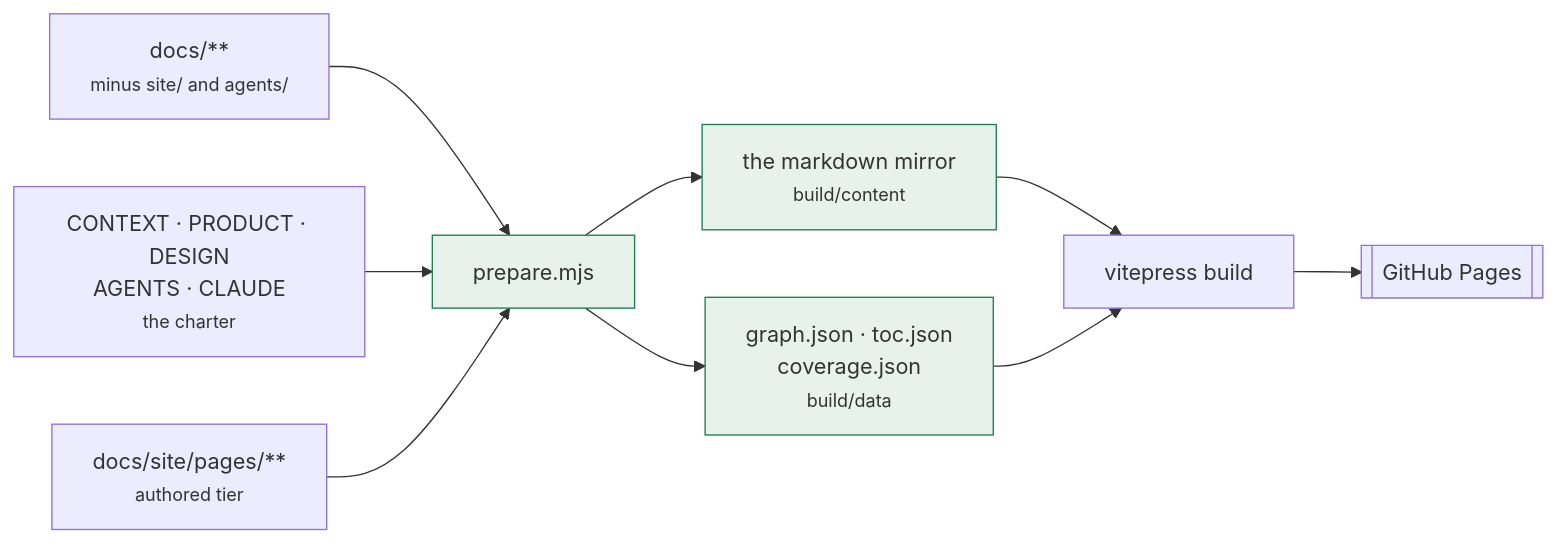
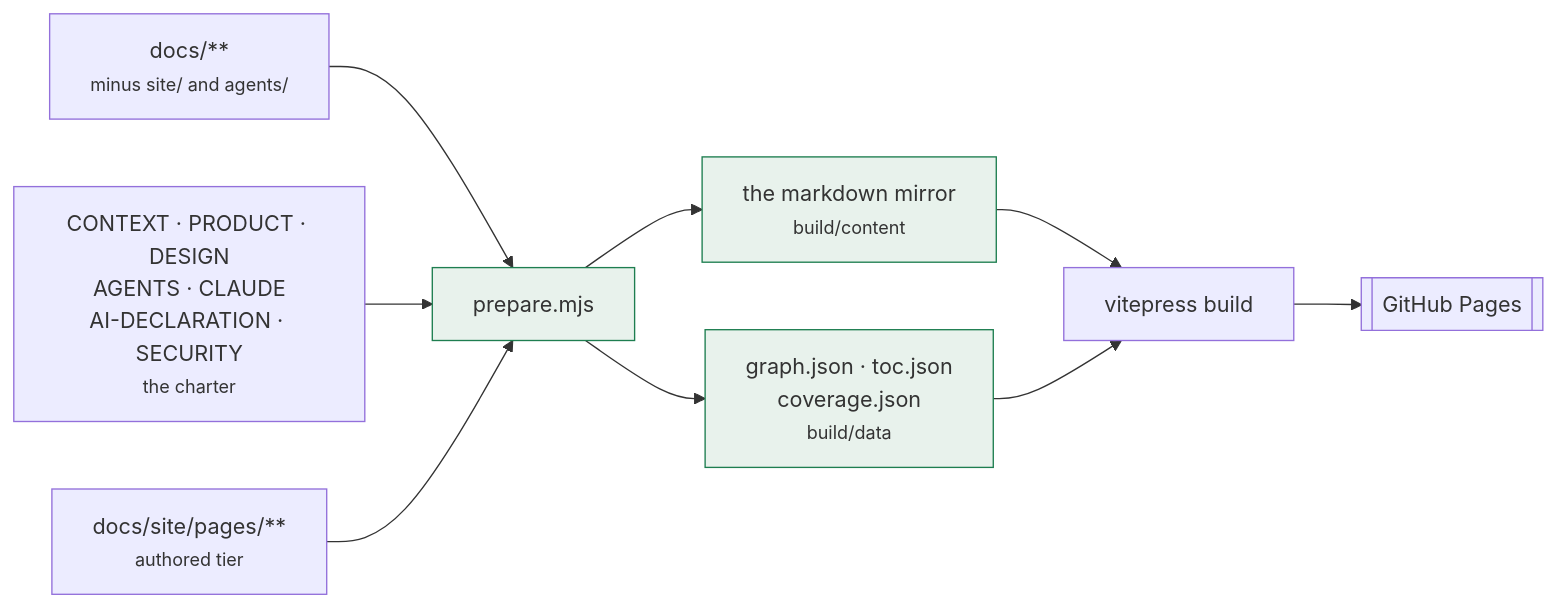
One commit to FantasyWiki/FantasyWiki changed the first of 5 diagrams in docs/site/pages/about-this-site.md. Above: the diagram before and after it, drawn with Mermaid. The commit also changed other lines of this file and 21 other files, not shown here.

````diff
--- a/docs/site/pages/about-this-site.md
+++ b/docs/site/pages/about-this-site.md
@@ -47,16 +47,16 @@
 ```mermaid
 flowchart LR
   D["docs/**<br/><small>minus site/ and agents/</small>"] --> P
-  C["CONTEXT · PRODUCT · DESIGN<br/>AGENTS · CLAUDE<br/><small>the charter</small>"] --> P
+  C["CONTEXT · PRODUCT · DESIGN<br/>AGENTS · CLAUDE<br/>AI-DECLARATION · SECURITY<br/><small>the charter</small>"] --> P
   A["docs/site/pages/**<br/><small>authored tier</small>"] --> P
 
   P["prepare.mjs"] --> M["the markdown mirror<br/><small>build/content</small>"]
   P --> J["graph.json · toc.json<br/>coverage.json<br/><small>build/data</small>"]
 
   M --> V["vitepress build"]
   J --> V
   V --> G[["GitHub Pages"]]
 
   classDef gen fill:#e8f2ec,stroke:#1e7e50;
   class P,M,J gen;
 ```
````
